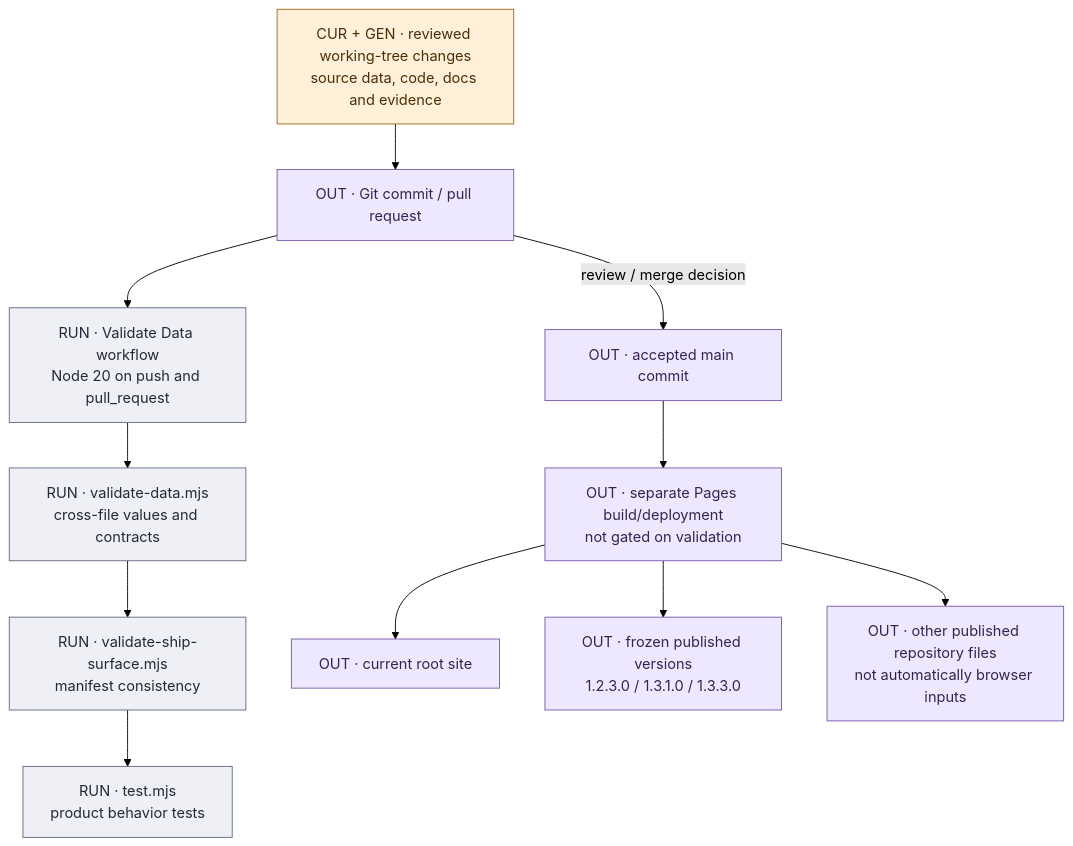
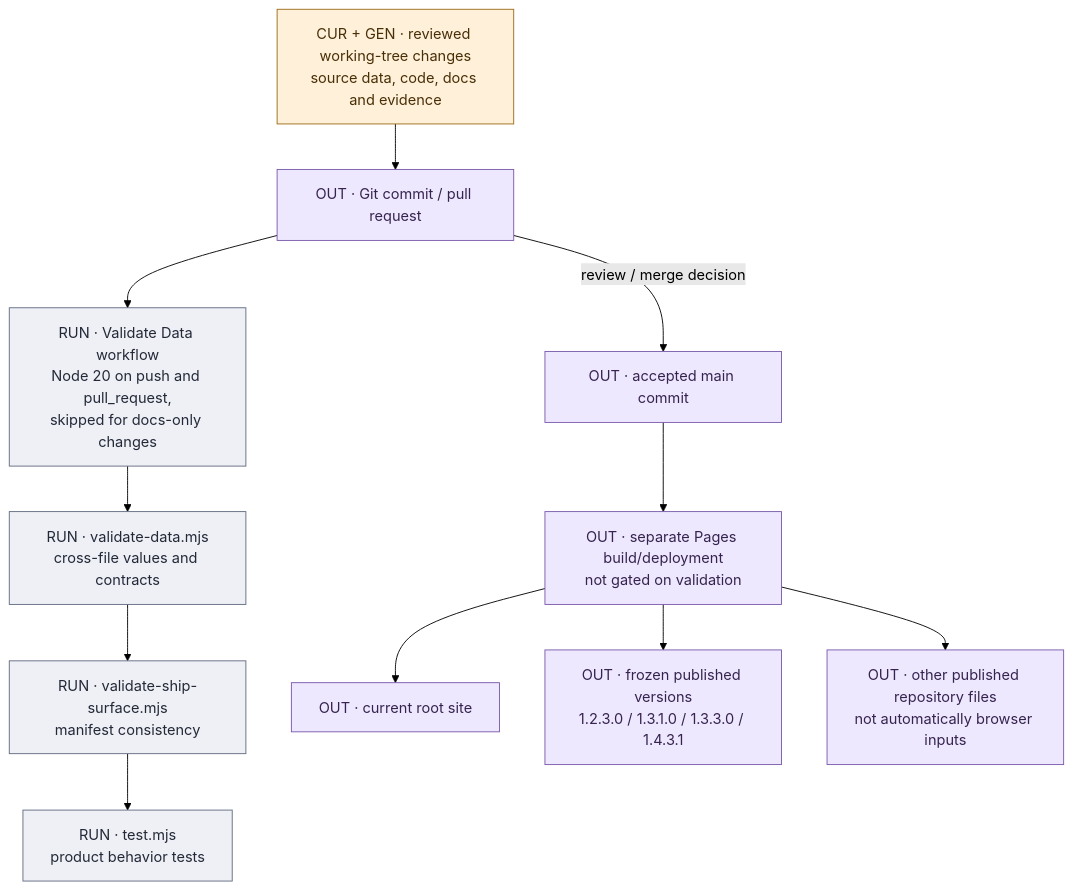
The third of 3 diagrams in docs/data-flow/UI_PUBLISHING.md (raymdl/BF6-Weapon-Analyzer), drawn with Mermaid (forest theme) before and after one commit. The commit also changed other lines of this file and 7 other files, not shown here.

First line of the commit message:
Data-flow atlas re-checked against af612b3: 2.1.1.0 source chain, Season 5 counts, current UI

````diff
--- a/docs/data-flow/UI_PUBLISHING.md
+++ b/docs/data-flow/UI_PUBLISHING.md
@@ -127,27 +146,27 @@
 ```mermaid
 flowchart TB
     C["CUR + GEN · reviewed working-tree changes<br/>source data, code, docs and evidence"]:::cur
     PR["OUT · Git commit / pull request"]:::out
-    CI["RUN · Validate Data workflow<br/>Node 20 on push and pull_request"]:::run
+    CI["RUN · Validate Data workflow<br/>Node 20 on push and pull_request,<br/>skipped for docs-only changes"]:::run
     VD["RUN · validate-data.mjs<br/>cross-file values and contracts"]:::run
     VS["RUN · validate-ship-surface.mjs<br/>manifest consistency"]:::run
     TE["RUN · test.mjs<br/>product behavior tests"]:::run
     M["OUT · accepted main commit"]:::out
     PG["OUT · separate Pages build/deployment<br/>not gated on validation"]:::out
     ROOT["OUT · current root site"]:::out
-    OLD["OUT · frozen published versions<br/>1.2.3.0 / 1.3.1.0 / 1.3.3.0"]:::out
+    OLD["OUT · frozen published versions<br/>1.2.3.0 / 1.3.1.0 / 1.3.3.0 / 1.4.3.1"]:::out
     REF["OUT · other published repository files<br/>not automatically browser inputs"]:::out
     C --> PR
     PR --> CI
     CI --> VD
     VD --> VS
     VS --> TE
     PR -->|review / merge decision| M
     M --> PG
     PG --> ROOT
     PG --> OLD
     PG --> REF
     classDef cur fill:#fff1d9,stroke:#9c6b17,color:#492f08
     classDef run fill:#eef0f5,stroke:#616a80,color:#242938
     classDef out fill:#eee8ff,stroke:#7958aa,color:#36244f
 ```
````
